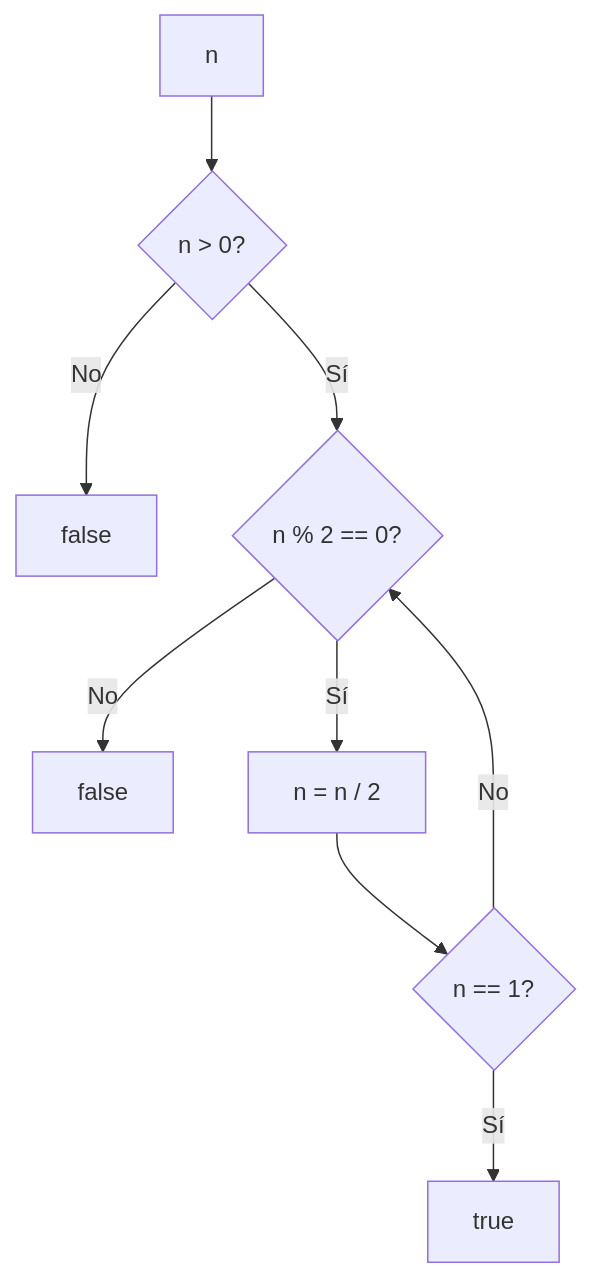
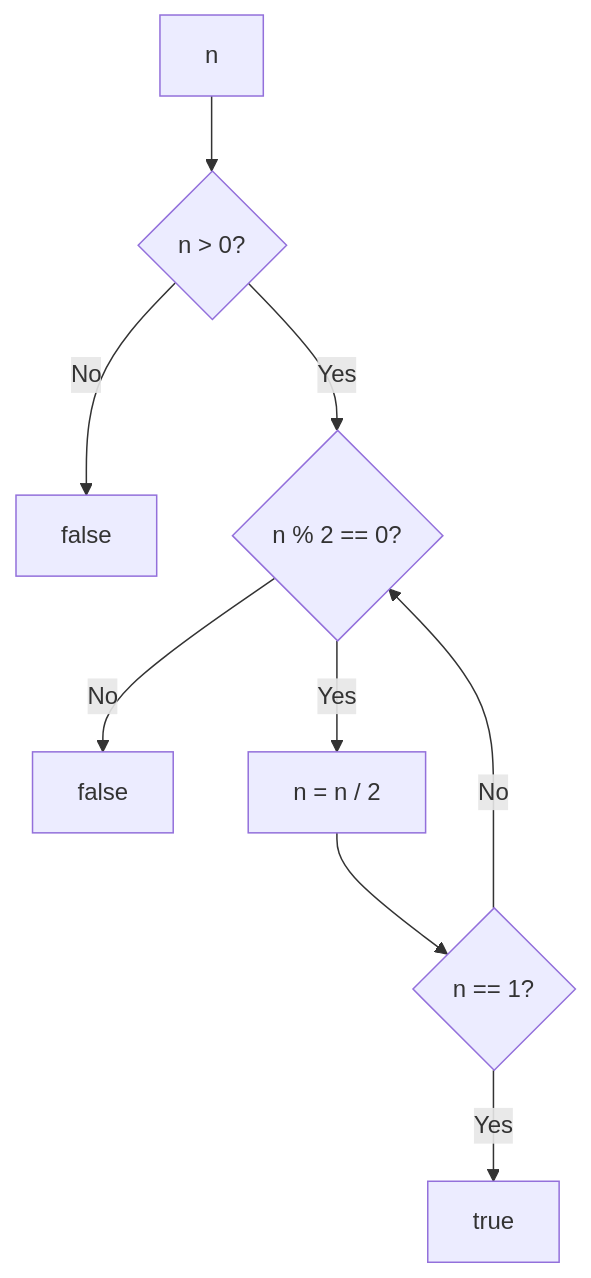
Before and after one commit to RadikeCosa/blog-astro: the diagram in src/content/posts/power-of-two.en.md, drawn with Mermaid. The commit also changed other lines of this file and 1 other file, not shown here.

Commit message:
fix: power of two minor fix

````diff
--- a/src/content/posts/power-of-two.en.md
+++ b/src/content/posts/power-of-two.en.md
@@ -31,11 +31,11 @@
 ```mermaid
 flowchart TD
     A[n] --> B{n > 0?}
-    B -->|No| C[false]
-    B -->|Sí| D{n % 2 == 0?}
-    D -->|No| E[false]
-    D -->|Sí| F[n = n / 2]
-    F --> G{n == 1?}
-    G -->|Sí| H[true]
-    G -->|No| D
+  B -->|No| C[false]
+  B -->|Yes| D{n % 2 == 0?}
+  D -->|No| E[false]
+  D -->|Yes| F[n = n / 2]
+  F --> G{n == 1?}
+  G -->|Yes| H[true]
+  G -->|No| D
 ```
````
